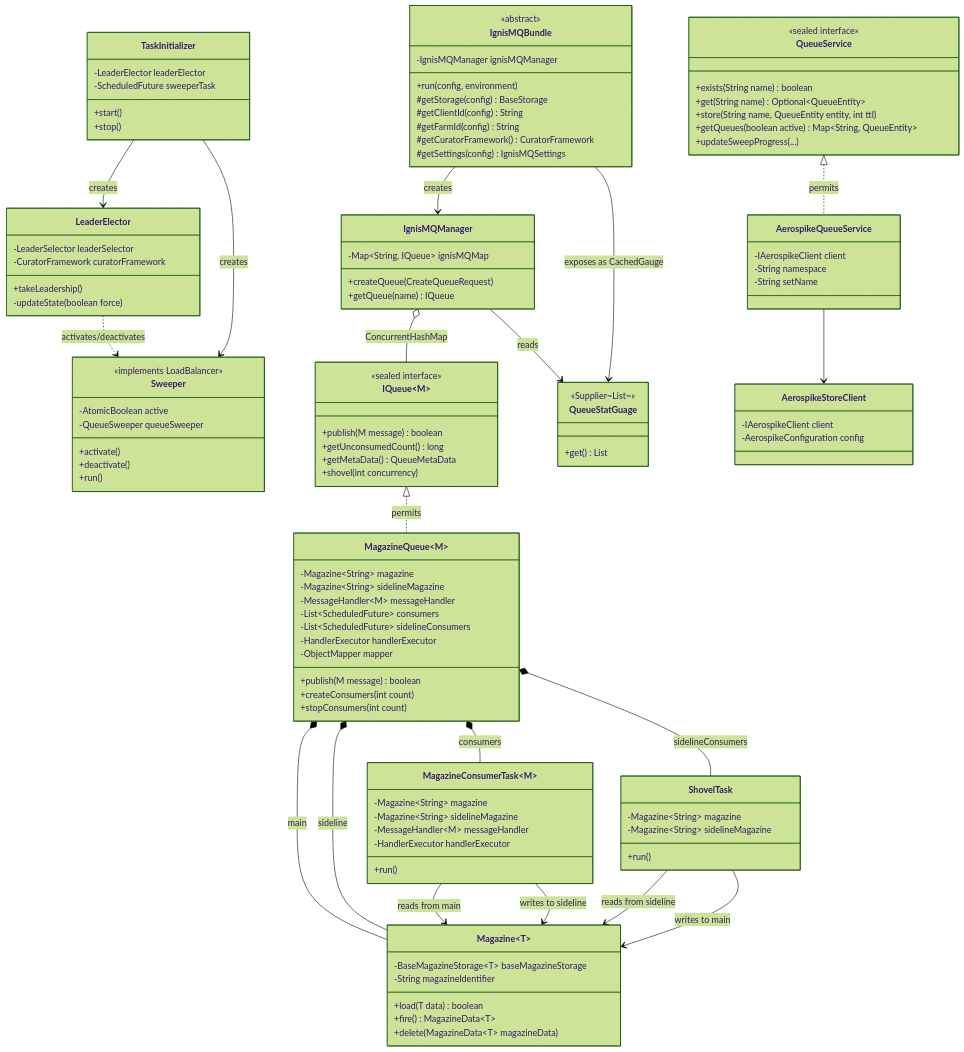
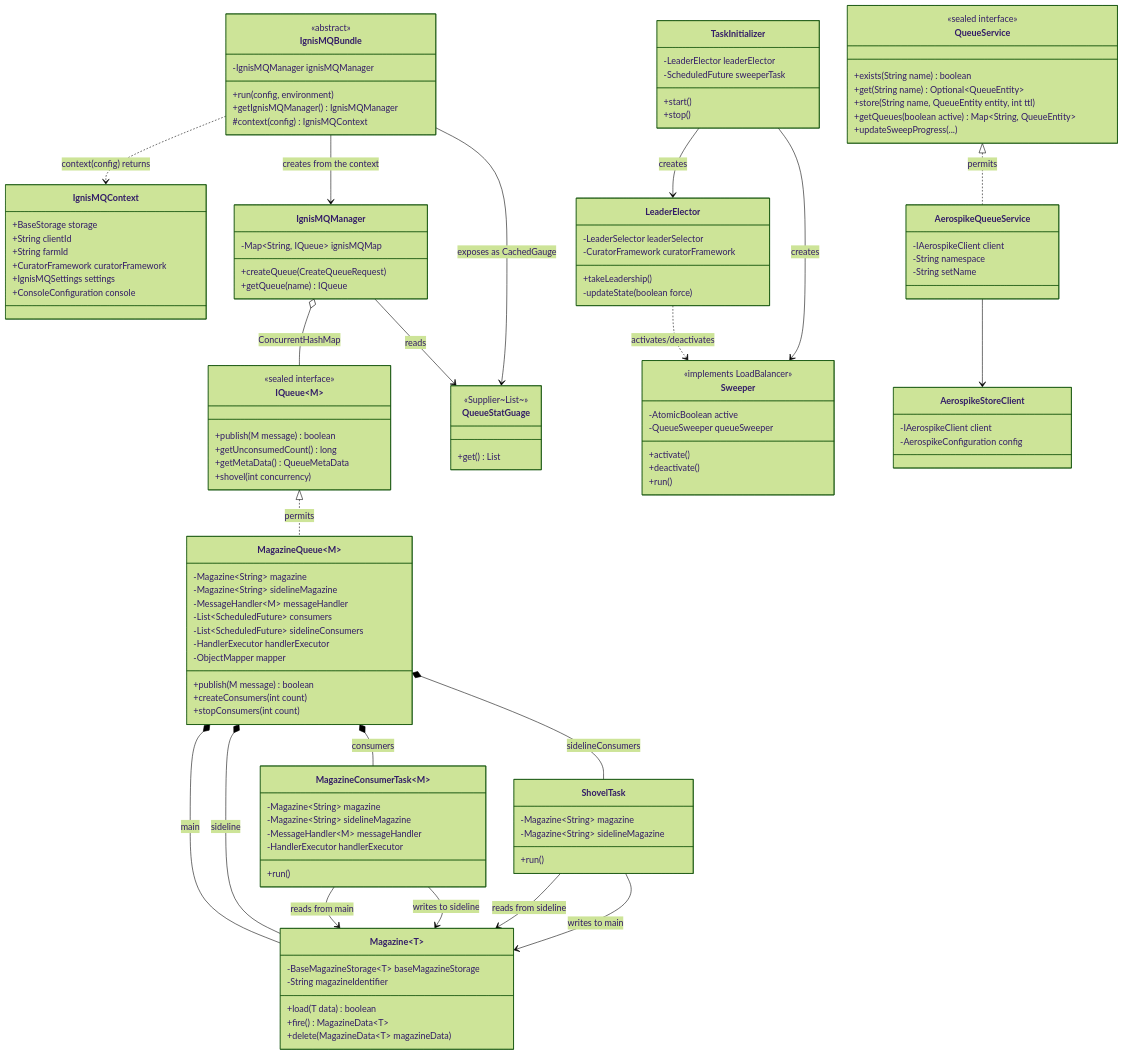
One commit to PhonePe/IgnisMQ changed the second of 10 diagrams in docs/docs/architecture.md. Above: the diagram before and after it, drawn with Mermaid (forest theme). The commit also changed other lines of this file and 56 other files, not shown here.

```diff
--- a/docs/docs/architecture.md
+++ b/docs/docs/architecture.md
@@ -72,11 +72,17 @@
         <<abstract>>
         -IgnisMQManager ignisMQManager
         +run(config, environment)
-        #getStorage(config) BaseStorage
-        #getClientId(config) String
-        #getFarmId(config) String
-        #getCuratorFramework() CuratorFramework
-        #getSettings(config) IgnisMQSettings
+        +getIgnisMQManager() IgnisMQManager
+        #context(config) IgnisMQContext
+    }
+
+    class IgnisMQContext {
+        +BaseStorage storage
+        +String clientId
+        +String farmId
+        +CuratorFramework curatorFramework
+        +IgnisMQSettings settings
+        +ConsoleConfiguration console
     }
 
     class IgnisMQManager {
@@ -176,7 +182,8 @@
         -AerospikeConfiguration config
     }
 
-    IgnisMQBundle --> IgnisMQManager : creates
+    IgnisMQBundle ..> IgnisMQContext : context(config) returns
+    IgnisMQBundle --> IgnisMQManager : creates from the context
     IgnisMQManager o-- IQueue : ConcurrentHashMap
     IQueue <|.. MagazineQueue : permits
     MagazineQueue *-- Magazine : main
```
